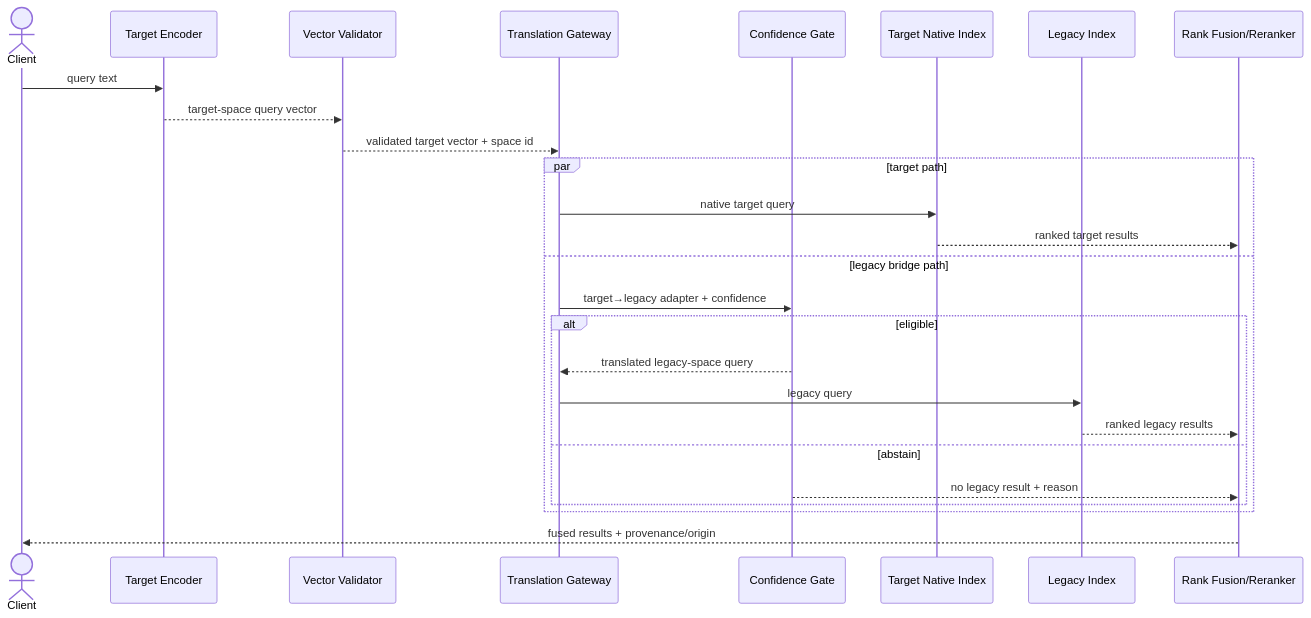
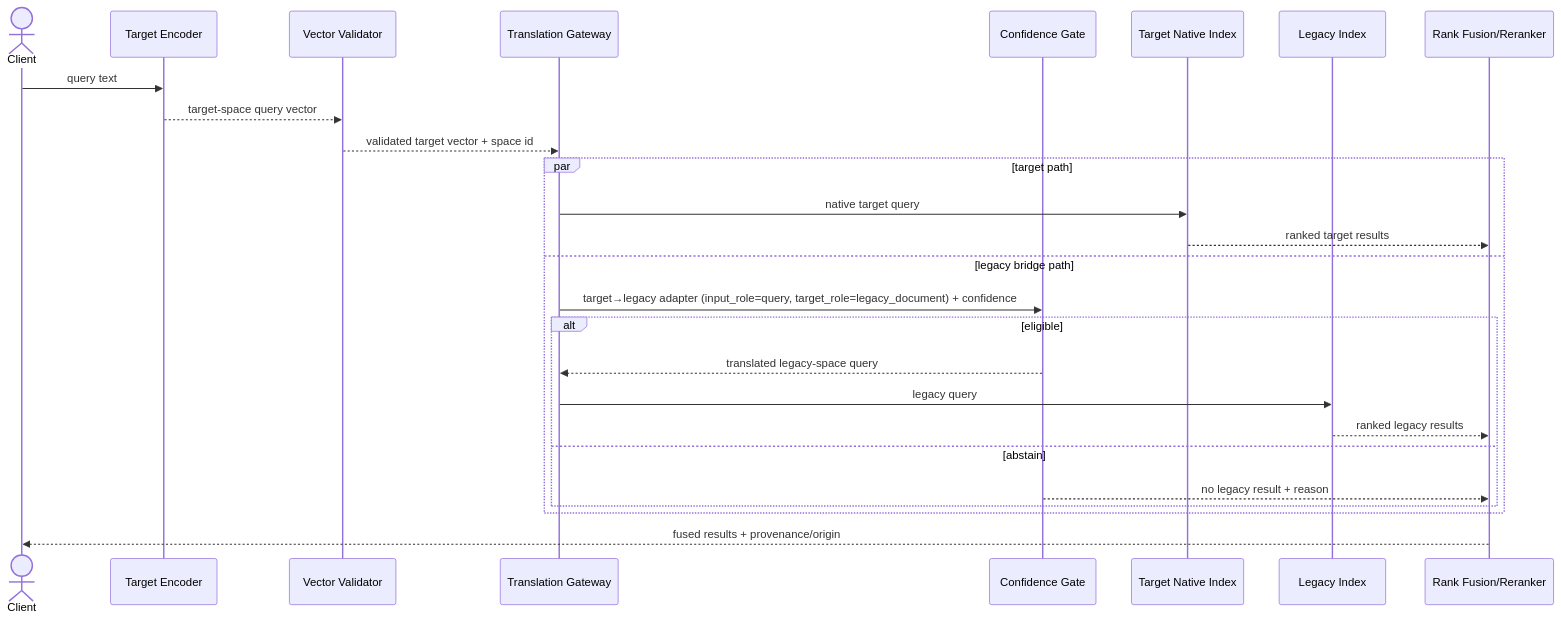
Before and after one commit to ContextualWisdomLab/EmbedRelay: the third of 6 diagrams in docs/UML.md, drawn with Mermaid. The commit also changed other lines of this file, not shown here.

Commit message:
docs(uml): make adapter input and target roles explicit

````diff
--- a/docs/UML.md
+++ b/docs/UML.md
@@ -59,29 +59,29 @@
 ```mermaid
 sequenceDiagram
     actor Client
     participant Encoder as Target Encoder
     participant Validator as Vector Validator
     participant Gateway as Translation Gateway
     participant Gate as Confidence Gate
     participant Target as Target Native Index
     participant Legacy as Legacy Index
     participant Fusion as Rank Fusion/Reranker
 
     Client->>Encoder: query text
     Encoder-->>Validator: target-space query vector
     Validator-->>Gateway: validated target vector + space id
     par target path
         Gateway->>Target: native target query
         Target-->>Fusion: ranked target results
     and legacy bridge path
-        Gateway->>Gate: target→legacy adapter + confidence
+        Gateway->>Gate: target→legacy adapter (input_role=query, target_role=legacy_document) + confidence
         alt eligible
             Gate-->>Gateway: translated legacy-space query
             Gateway->>Legacy: legacy query
             Legacy-->>Fusion: ranked legacy results
         else abstain
             Gate-->>Fusion: no legacy result + reason
         end
     end
     Fusion-->>Client: fused results + provenance/origin
 ```
````
